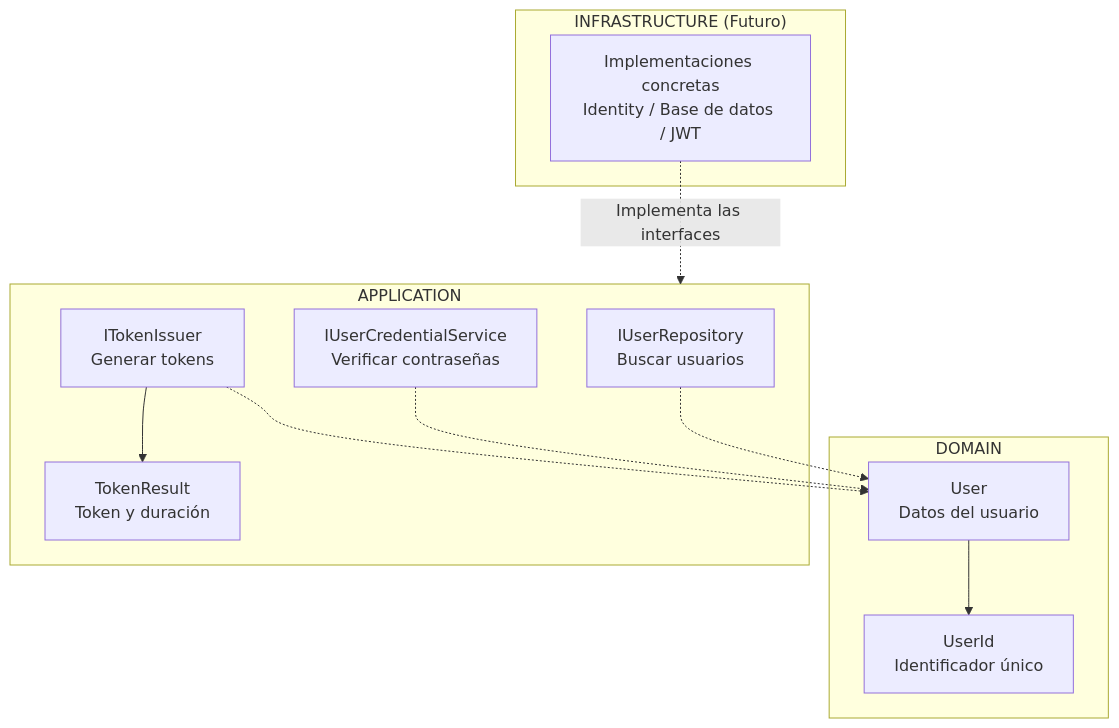
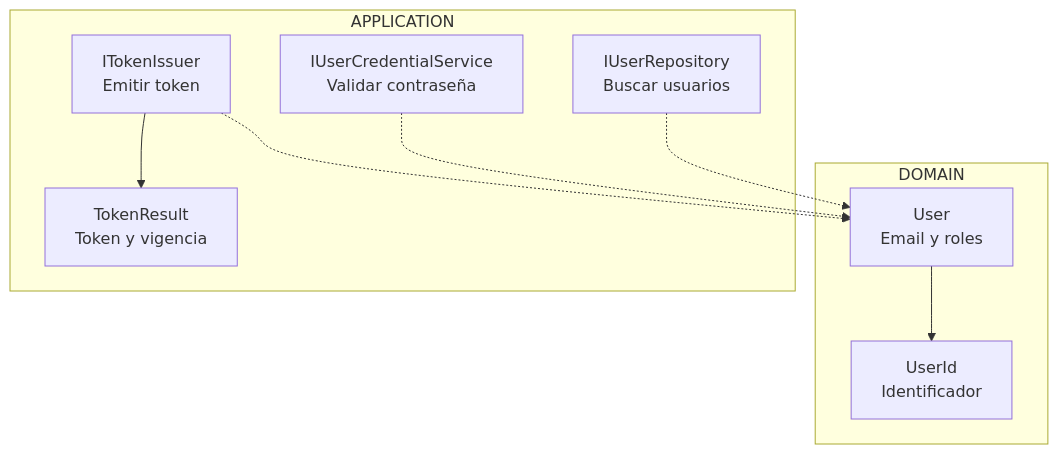
One commit to MLahuasi/FEPP-ContaOps changed the first of 7 diagrams in specs/implementation/02-identidad-roles-jwt-imp.md. Above: the diagram before and after it, drawn with Mermaid. The commit also changed other lines of this file and 22 other files, not shown here.

Commit message:
FEPP-ContaOps - spec-02-identidad-roles-jwt -  Implementado parcialmente — validación pendiente

````diff
--- a/specs/implementation/02-identidad-roles-jwt-imp.md
+++ b/specs/implementation/02-identidad-roles-jwt-imp.md
@@ -18,27 +13,14 @@
 ```mermaid
 flowchart TB
     subgraph Domain["DOMAIN"]
-        User["User<br/>Datos del usuario"]
-        UserId["UserId<br/>Identificador único"]
-        User --> UserId
+        User["User<br/>Email y roles"] --> UserId["UserId<br/>Identificador"]
     end
-
     subgraph Application["APPLICATION"]
         Repo["IUserRepository<br/>Buscar usuarios"]
-        Cred["IUserCredentialService<br/>Verificar contraseñas"]
-        Token["ITokenIssuer<br/>Generar tokens"]
-        Result["TokenResult<br/>Token y duración"]
-
-        Token --> Result
+        Cred["IUserCredentialService<br/>Validar contraseña"]
+        Token["ITokenIssuer<br/>Emitir token"] --> Result["TokenResult<br/>Token y vigencia"]
     end
-
     Repo -.-> User
     Cred -.-> User
     Token -.-> User
-
-    subgraph Infrastructure["INFRASTRUCTURE (Futuro)"]
-        Impl["Implementaciones concretas<br/>Identity / Base de datos / JWT"]
-    end
-
-    Impl -.->|Implementa las interfaces| Application
 ```
````
